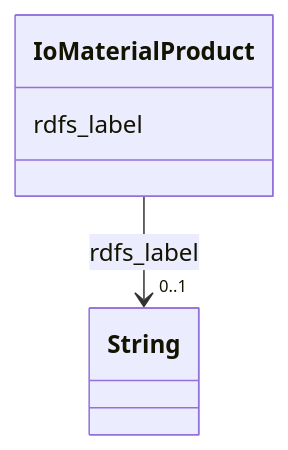
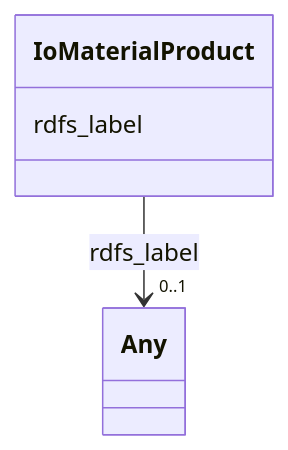
Before and after one commit to frink-okn/graph-descriptions: the diagram in sudokn-kg/classes/IoMaterialProduct.md, drawn with Mermaid. The commit also changed other lines of this file and 903 other files, not shown here.

````diff
--- a/sudokn-kg/classes/IoMaterialProduct.md
+++ b/sudokn-kg/classes/IoMaterialProduct.md
@@ -23,15 +18,15 @@
 ```mermaid
  classDiagram
     class IoMaterialProduct
     click IoMaterialProduct href "../IoMaterialProduct"
       IoMaterialProduct : rdfs_label
         
           
     
     
-    IoMaterialProduct --> "0..1" String : rdfs_label
-    click String href "../String"
+    IoMaterialProduct --> "0..1" Any : rdfs_label
+    click Any href "../Any"
 
         
       
 ```
````
